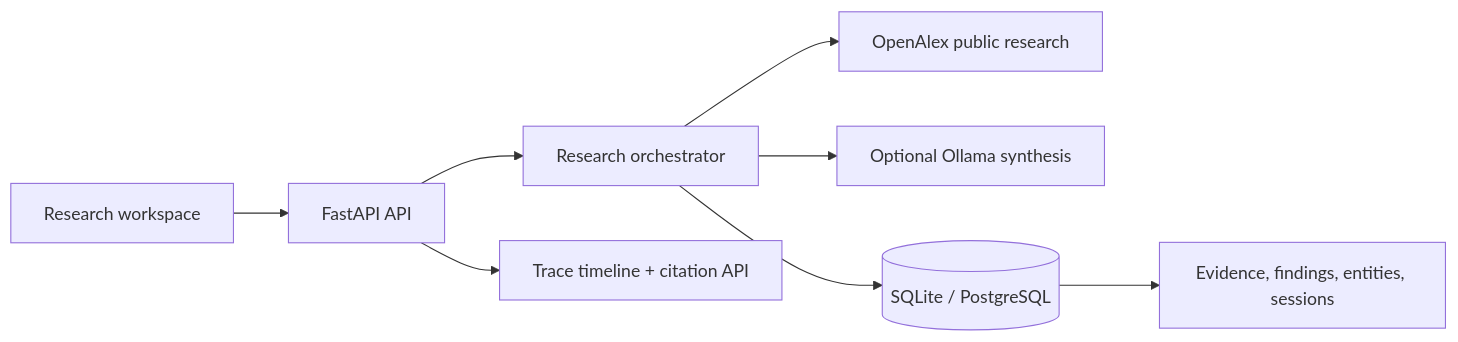
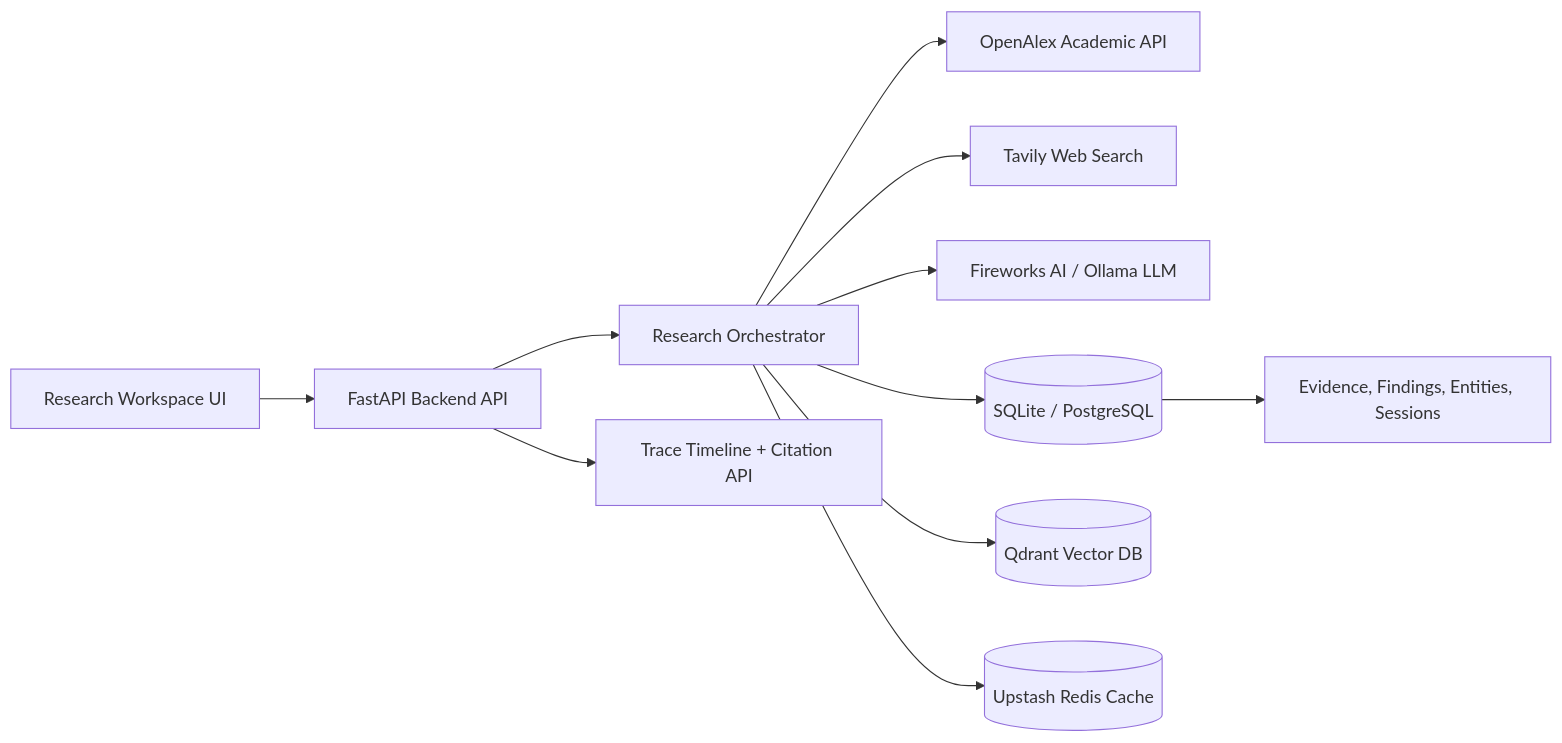
Before and after one commit to adityakanamadi281/Enterprise-Research-Agent: the diagram in README.md, drawn with Mermaid. The commit also changed other lines of this file and 2 other files, not shown here.

Commit message:
docs: update setup documentation, environment configuration, and project architecture

````diff
--- a/README.md
+++ b/README.md
@@ -23,10 +23,13 @@
 ```mermaid
 flowchart LR
-  U[Research workspace] --> A[FastAPI API]
-  A --> O[Research orchestrator]
-  O --> X[OpenAlex public research]
-  O --> M[Optional Ollama synthesis]
+  U[Research Workspace UI] --> A[FastAPI Backend API]
+  A --> O[Research Orchestrator]
+  O --> X[OpenAlex Academic API]
+  O --> T[Tavily Web Search]
+  O --> M[Fireworks AI / Ollama LLM]
   O --> D[(SQLite / PostgreSQL)]
-  D --> K[Evidence, findings, entities, sessions]
-  A --> T[Trace timeline + citation API]
+  O --> Q[(Qdrant Vector DB)]
+  O --> R[(Upstash Redis Cache)]
+  D --> K[Evidence, Findings, Entities, Sessions]
+  A --> E[Trace Timeline + Citation API]
 ```
````
